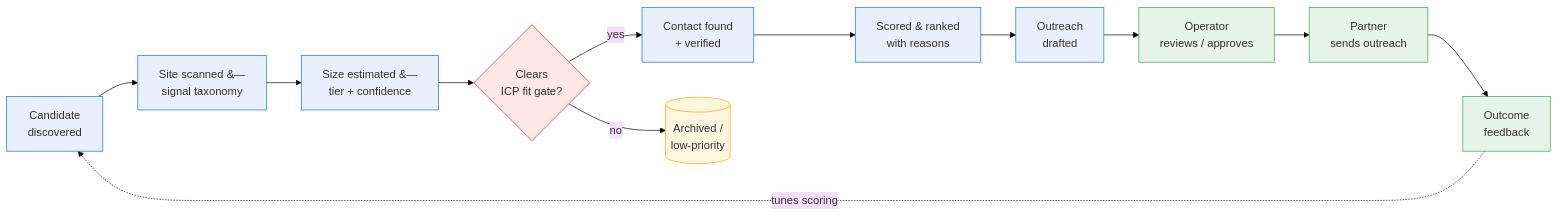
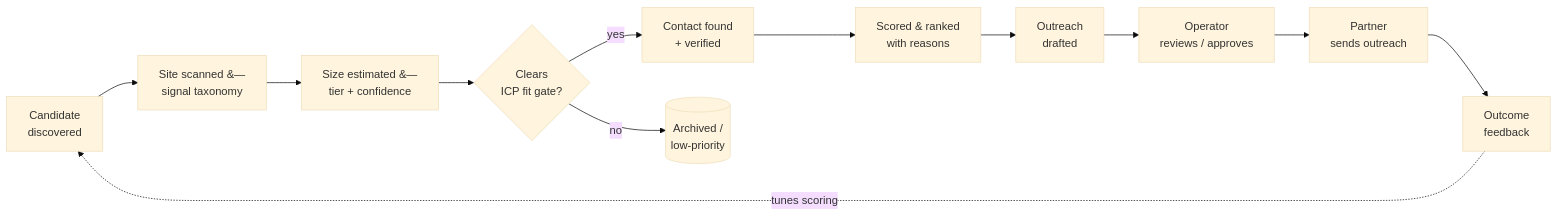
One commit to omars-lab/omars-lab.github.io changed diagram 12 of 13 in bytesofpurpose-blog/designs/2026-06-21-ecommerce-site-scanner-and-lead-generation-engine.mdx. Above: the diagram before and after it, drawn with Mermaid (base theme). The commit also changed other lines of this file and 6 other files, not shown here.

First line of the commit message:
feat(designs): on-brand mermaid theme + dark-mode-adaptive diagrams

````diff
--- a/bytesofpurpose-blog/designs/2026-06-21-ecommerce-site-scanner-and-lead-generation-engine.mdx
+++ b/bytesofpurpose-blog/designs/2026-06-21-ecommerce-site-scanner-and-lead-generation-engine.mdx
@@ -815,24 +790,20 @@
 ```mermaid
 graph LR
     J1[Candidate<br/>discovered]:::engine
     J2[Site scanned &#8212;<br/>signal taxonomy]:::engine
     J3[Size estimated &#8212;<br/>tier + confidence]:::engine
     J4{Clears<br/>ICP fit gate?}:::decision
     J5[Contact found<br/>+ verified]:::engine
     J6[Scored & ranked<br/>with reasons]:::engine
     J7[Outreach<br/>drafted]:::engine
     J8[Operator<br/>reviews / approves]:::people
     J9[Partner<br/>sends outreach]:::people
     J10[Outcome<br/>feedback]:::people
     JX[(Archived /<br/>low-priority)]:::store
 
     J1 --> J2 --> J3 --> J4
     J4 -->|yes| J5 --> J6 --> J7 --> J8 --> J9 --> J10
     J4 -->|no| JX
     J10 -.->|tunes scoring| J1
 
-    classDef engine fill:#e8f0fe,stroke:#1a73e8
-    classDef people fill:#e6f4ea,stroke:#34a853
-    classDef decision fill:#fce8e6,stroke:#d93025
-    classDef store fill:#fef7e0,stroke:#f9ab00
 ```
````
